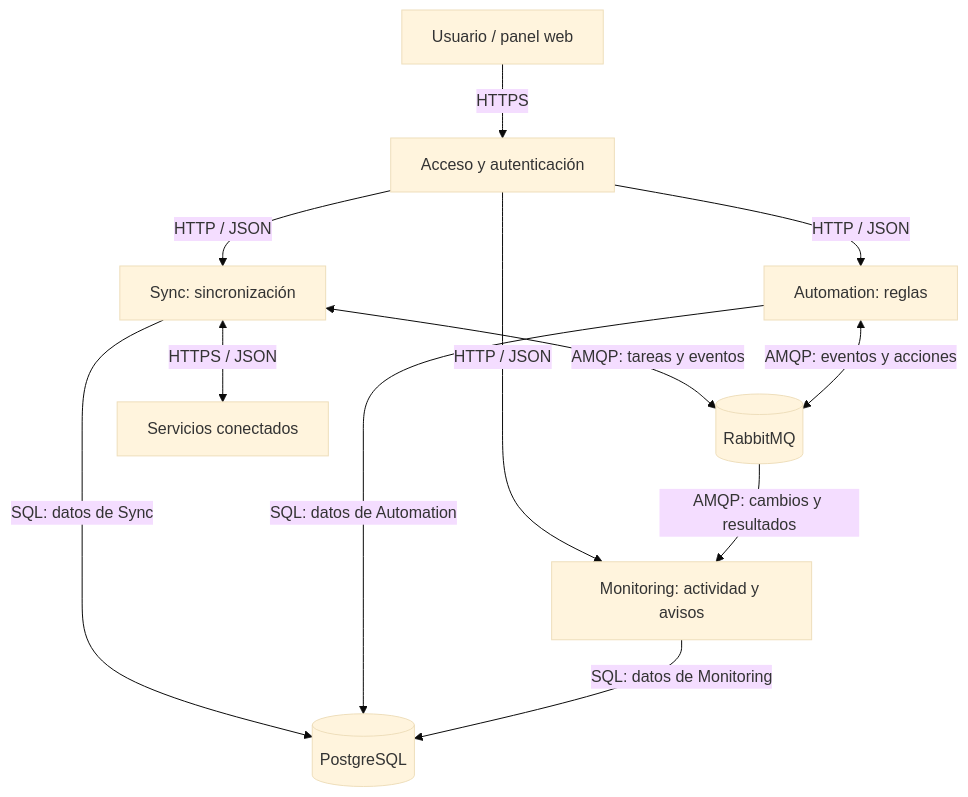
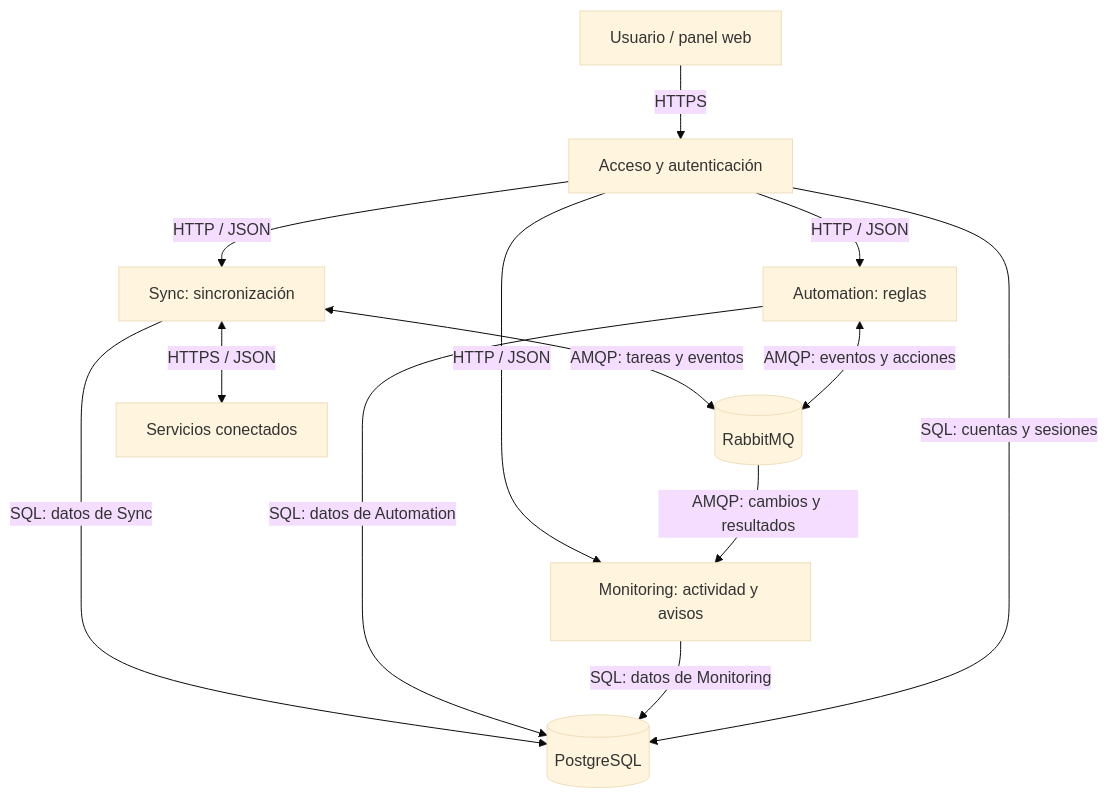
The first of 2 diagrams in README.md (jotace-18/Synkron), drawn with Mermaid (base theme) before and after one commit. The commit also changed other lines of this file and 6 other files, not shown here.

````diff
--- a/README.md
+++ b/README.md
@@ -33,14 +35,15 @@
 ```mermaid
 flowchart TB
     U["Usuario / panel web"] -->|HTTPS| API["Acceso y autenticación"]
     API -->|HTTP / JSON| S["Sync: sincronización"]
     API -->|HTTP / JSON| A["Automation: reglas"]
     API -->|HTTP / JSON| M["Monitoring: actividad y avisos"]
     S <-->|AMQP: tareas y eventos| Q[(RabbitMQ)]
     A <-->|AMQP: eventos y acciones| Q
     Q -->|AMQP: cambios y resultados| M
     S <-->|HTTPS / JSON| X["Servicios conectados"]
     S -->|SQL: datos de Sync| D[(PostgreSQL)]
     A -->|SQL: datos de Automation| D
     M -->|SQL: datos de Monitoring| D
+    API -->|SQL: cuentas y sesiones| D
 ```
````
